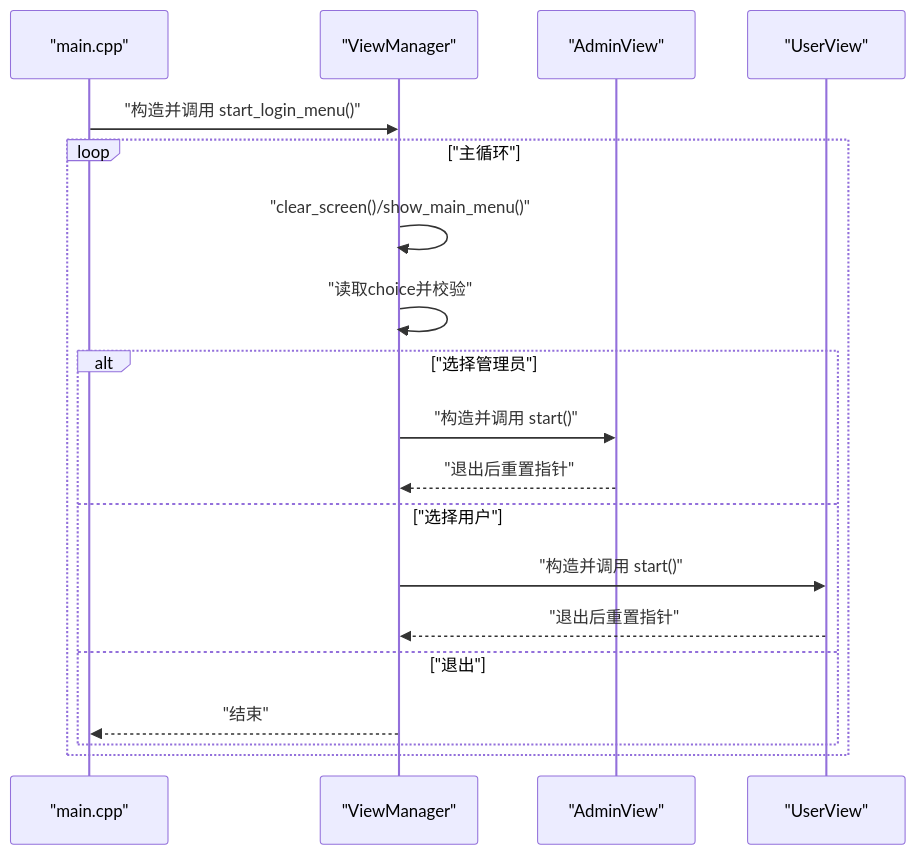
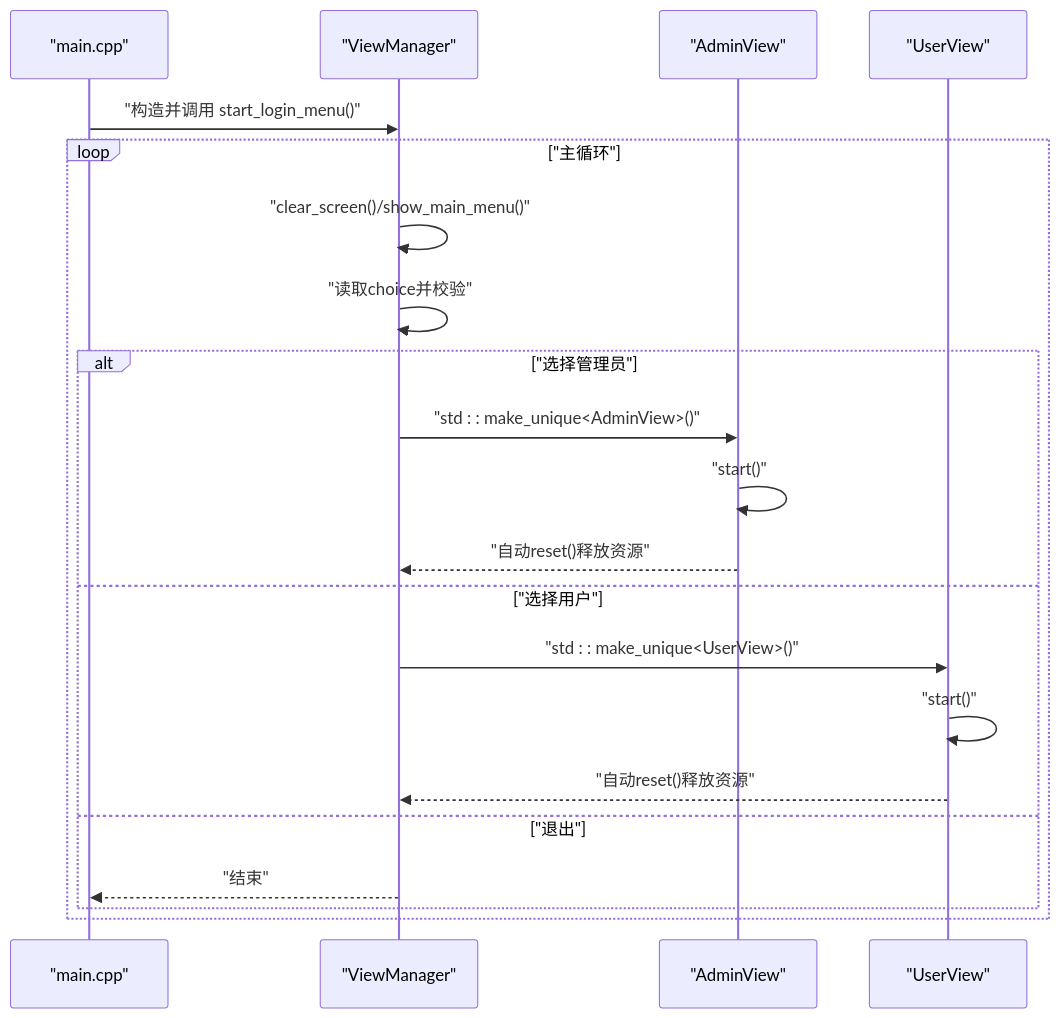
One commit to jinpeng900/OJ-Test changed the third of 7 diagrams in .qoder/repowiki/zh/content/系统架构设计/系统架构设计.md. Above: the diagram before and after it, drawn with Mermaid. The commit also changed other lines of this file and 44 other files, not shown here.

````diff
--- a/.qoder/repowiki/zh/content/系统架构设计/系统架构设计.md
+++ b/.qoder/repowiki/zh/content/系统架构设计/系统架构设计.md
@@ -140,21 +153,23 @@
 ```mermaid
 sequenceDiagram
 participant M as "main.cpp"
 participant VM as "ViewManager"
 participant AV as "AdminView"
 participant UV as "UserView"
 M->>VM : "构造并调用 start_login_menu()"
 loop "主循环"
 VM->>VM : "clear_screen()/show_main_menu()"
 VM->>VM : "读取choice并校验"
 alt "选择管理员"
-VM->>AV : "构造并调用 start()"
-AV-->>VM : "退出后重置指针"
+VM->>AV : "std : : make_unique<AdminView>()"
+AV->>AV : "start()"
+AV-->>VM : "自动reset()释放资源"
 else "选择用户"
-VM->>UV : "构造并调用 start()"
-UV-->>VM : "退出后重置指针"
+VM->>UV : "std : : make_unique<UserView>()"
+UV->>UV : "start()"
+UV-->>VM : "自动reset()释放资源"
 else "退出"
 VM-->>M : "结束"
 end
 end
 ```
````
